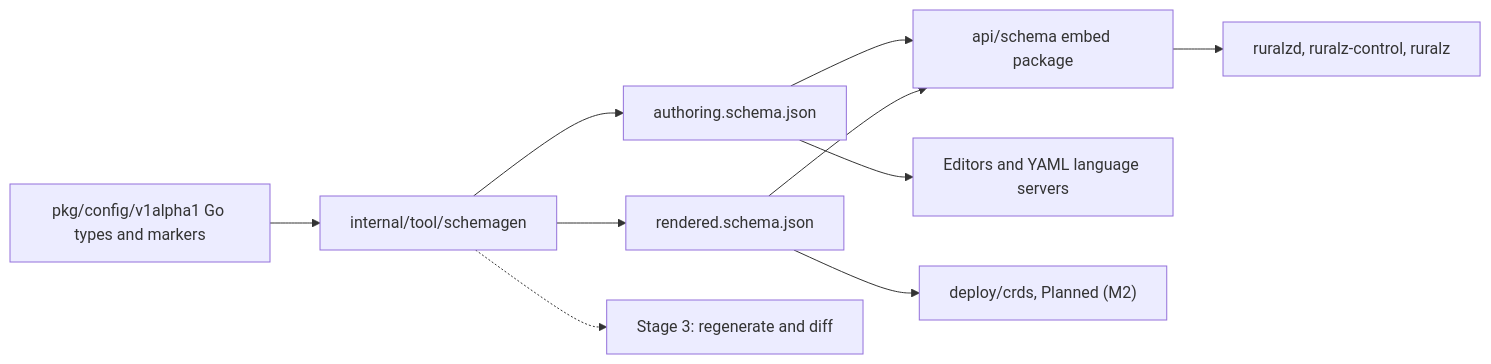
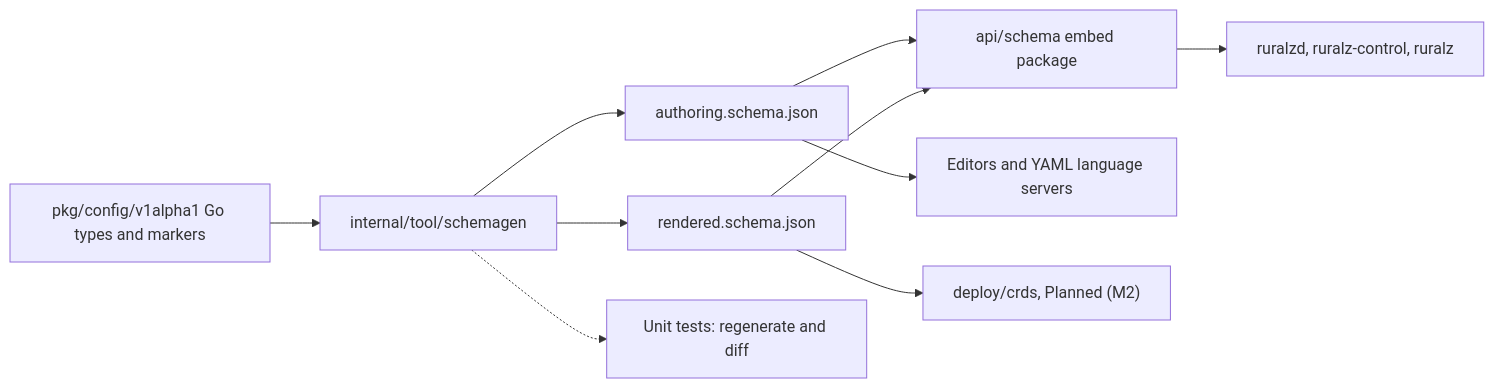
The second of 2 diagrams in docs/engineering/02-repository-layout-and-conventions.md (ravindu-rev/ruralz), drawn with Mermaid before and after one commit. The commit also changed other lines of this file and 55 other files, not shown here.

First line of the commit message:
ci: run one PR pipeline of checks, unit and integration tests

````diff
--- a/docs/engineering/02-repository-layout-and-conventions.md
+++ b/docs/engineering/02-repository-layout-and-conventions.md
@@ -355,21 +353,21 @@
 ```mermaid
 flowchart LR
   types["pkg/config/v1alpha1 Go types and markers"]
   gen["internal/tool/schemagen"]
   auth["authoring.schema.json"]
   rend["rendered.schema.json"]
   emb["api/schema embed package"]
   bins["ruralzd, ruralz-control, ruralz"]
   eds["Editors and YAML language servers"]
   crd["deploy/crds, Planned (M2)"]
-  drift["Stage 3: regenerate and diff"]
+  drift["Unit tests: regenerate and diff"]
   types --> gen
   gen --> auth
   gen --> rend
   auth --> emb
   rend --> emb
   emb --> bins
   auth --> eds
   rend --> crd
   gen -.-> drift
 ```
````
